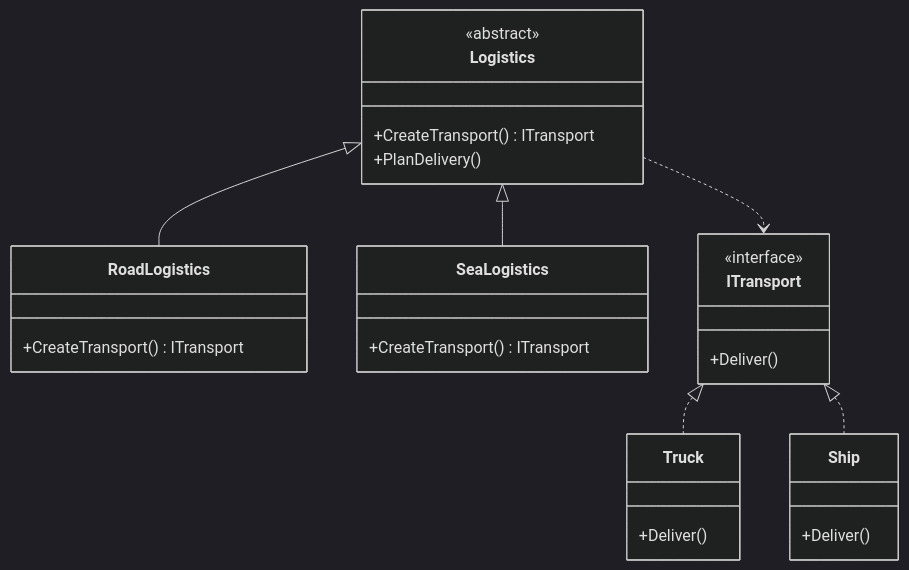
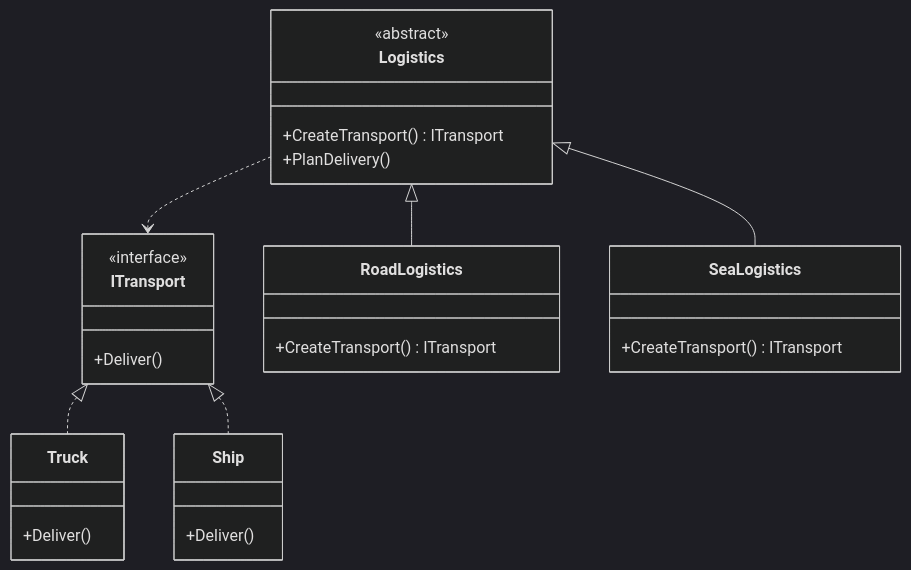
The diagram in low-level-design/design-patterns/creational/factory-method.md (SuyashBhiste/dump-thoughts), drawn with Mermaid (dark theme) before and after one commit. The commit also changed 1 other file, not shown here.

Commit message:
added uml class diagram

````diff
--- a/low-level-design/design-patterns/creational/factory-method.md
+++ b/low-level-design/design-patterns/creational/factory-method.md
@@ -20,30 +20,32 @@
 ```mermaid
 classDiagram
+    Logistics..>ITransport
+    Logistics<|--RoadLogistics
+    Logistics<|--SeaLogistics
+
     class Logistics{
         <<abstract>>
         +CreateTransport() ITransport
         +PlanDelivery()
     }
     class RoadLogistics{
         +CreateTransport() ITransport
     }
     class SeaLogistics{
         +CreateTransport() ITransport
     }
-    Logistics..>ITransport
-    Logistics<|--RoadLogistics
-    Logistics<|--SeaLogistics
+    
+    ITransport<|..Truck
+    ITransport<|..Ship
 
     class ITransport{
         <<interface>>
         +Deliver()
     }
     class Truck{
         +Deliver()
     }
     class Ship{
         +Deliver()
     }
-    ITransport<|..Truck
-    ITransport<|..Ship
 ```
````
